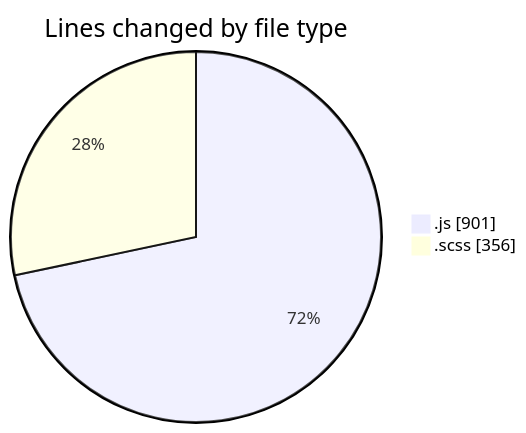
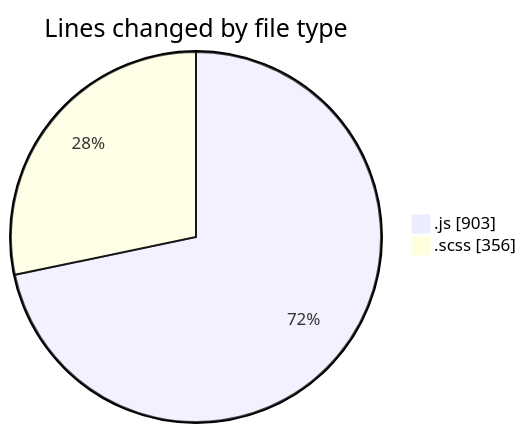
Before and after one commit to momahboobian/code-tracking: the first of 2 diagrams in 2026-01-05/cda/README.md, drawn with Mermaid. The commit also changed other lines of this file and 1 other file, not shown here.

````diff
--- a/2026-01-05/cda/README.md
+++ b/2026-01-05/cda/README.md
@@ -27,6 +27,6 @@
 ```mermaid
 pie showData
 title Lines changed by file type
-".js" : 901
+".js" : 903
 ".scss" : 356
 ```
````
